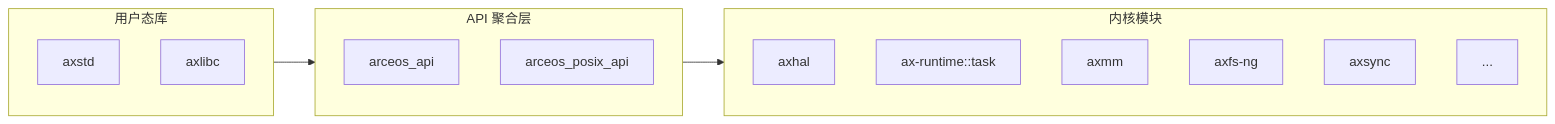
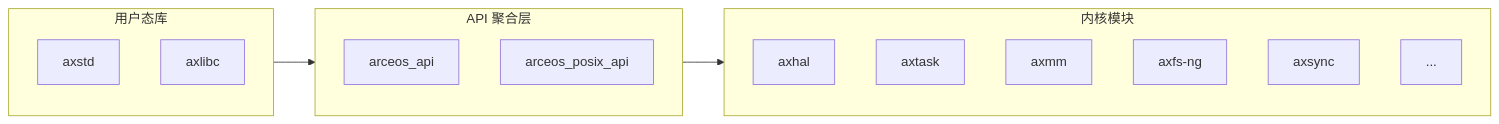
The second of 4 diagrams in docs/docs/introduction/overview.md (Dirinkbottle/tgoskits), drawn with Mermaid before and after one commit. The commit also changed other lines of this file and 3840 other files, not shown here.

````diff
--- a/docs/docs/introduction/overview.md
+++ b/docs/docs/introduction/overview.md
@@ -167,21 +167,21 @@
 ```mermaid
 flowchart LR
     subgraph ulib["用户态库"]
         axstd["axstd"]
         axlibc["axlibc"]
     end
     subgraph api["API 聚合层"]
         arceos_api["arceos_api"]
         posix_api["arceos_posix_api"]
     end
     subgraph mods["内核模块"]
         hal["axhal"]
-        task["ax-runtime::task"]
+        task["axtask"]
         mm["axmm"]
         fs["axfs-ng"]
         sync["axsync"]
         other["..."]
     end
 
     ulib --> api --> mods
 ```
````
